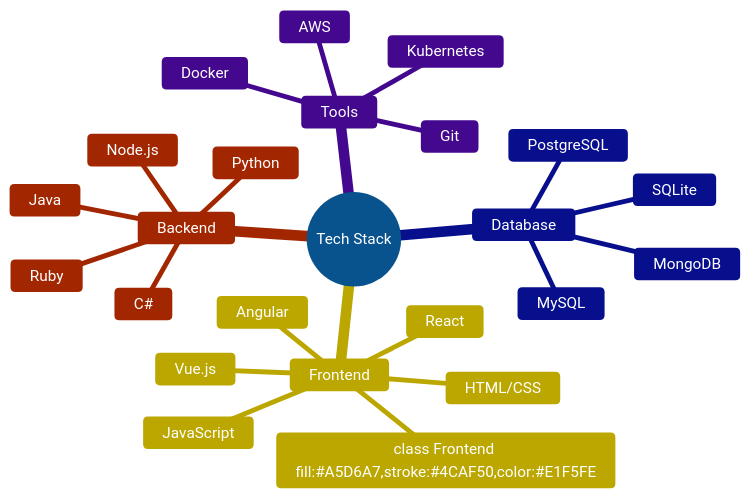
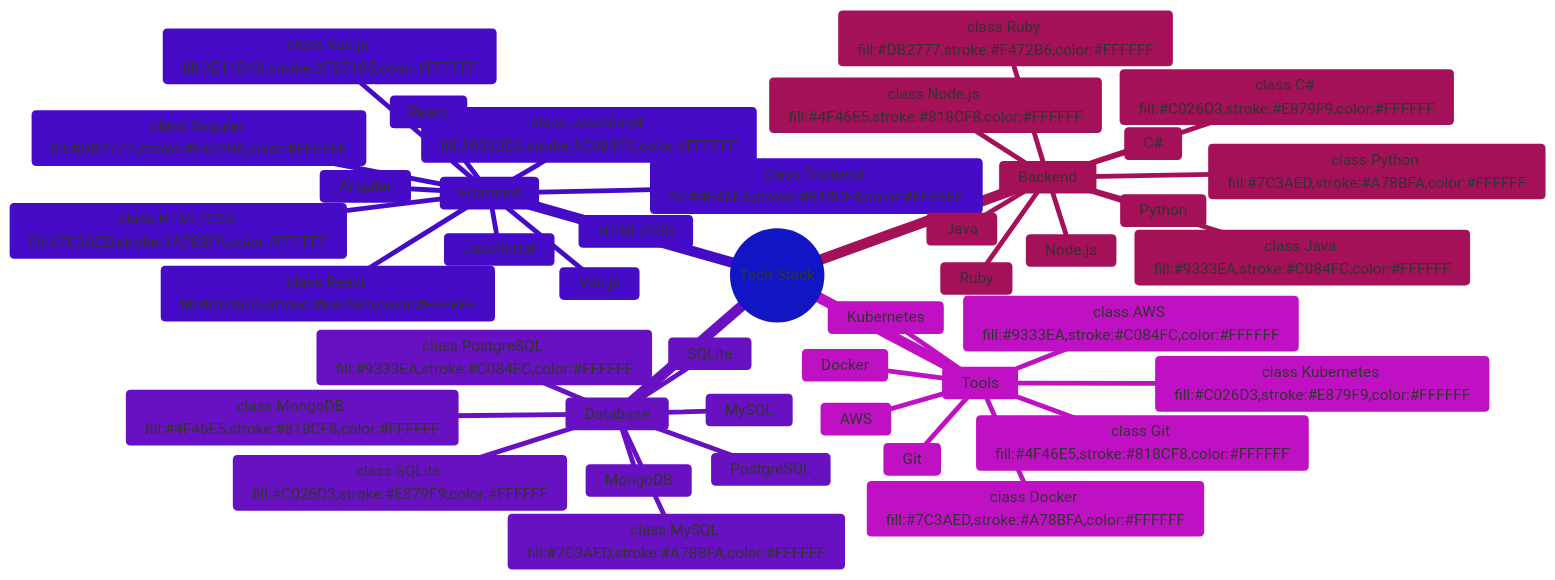
One commit to udithanayanajith/udithanayanajith changed the first of 3 diagrams in README.md. Above: the diagram before and after it, drawn with Mermaid.

````diff
--- a/README.md
+++ b/README.md
@@ -12,43 +12,62 @@
 ```mermaid
 %%{init: {'theme': 'base', 'themeVariables': { 
-  'fontSize': '16px', 
-  'primaryColor': '#2196F3', 
-  'secondaryColor': '#FFEB3B', 
-  'tertiaryColor': '#FF5722', 
-  'edgeLabelBackground': '#ffffff', 
-  'primaryTextColor': '#FFFFFF', 
-  'secondaryTextColor': '#000000', 
-  'tertiaryTextColor': '#FFFFFF', 
-  'nodeBorder': '2px solid #FFEB3B', 
-  'nodeTextColor': '#FFFFFF', 
-  'linkColor': '#4CAF50',
-  'backgroundColor': '#F5F5F5'
+  'fontSize': '16px',
+  'primaryColor': '#6366F1',
+  'secondaryColor': '#8B5CF6',
+  'tertiaryColor': '#EC4899',
+  'mainBkg': '#1F2937',
+  'nodeBkg': '#374151',
+  'nodeTextColor': '#F3F4F6',
+  'border1': '#6366F1',
+  'border2': '#8B5CF6',
+  'arrow1': '#6366F1',
+  'arrow2': '#8B5CF6',
+  'clusterBkg': '#1F2937',
+  'clusterBorder': '#6366F1',
+  'edgeLabelBackground': '#1F2937',
+  'textColor': '#F3F4F6'
 }}}%%
 mindmap
   root((Tech Stack))
     Frontend
-      class Frontend fill:#A5D6A7,stroke:#4CAF50,color:#E1F5FE
+      class Frontend fill:#4F46E5,stroke:#818CF8,color:#FFFFFF
       HTML/CSS
+      class HTML/CSS fill:#7C3AED,stroke:#A78BFA,color:#FFFFFF
       JavaScript
+      class JavaScript fill:#9333EA,stroke:#C084FC,color:#FFFFFF
       React
+      class React fill:#C026D3,stroke:#E879F9,color:#FFFFFF
       Angular
+      class Angular fill:#DB2777,stroke:#F472B6,color:#FFFFFF
       Vue.js
+      class Vue.js fill:#E11D48,stroke:#FB7185,color:#FFFFFF
     Backend
       Node.js
+      class Node.js fill:#4F46E5,stroke:#818CF8,color:#FFFFFF
       Python
+      class Python fill:#7C3AED,stroke:#A78BFA,color:#FFFFFF
       Java
+      class Java fill:#9333EA,stroke:#C084FC,color:#FFFFFF
       C#
+      class C# fill:#C026D3,stroke:#E879F9,color:#FFFFFF
       Ruby
+      class Ruby fill:#DB2777,stroke:#F472B6,color:#FFFFFF
     Database
       MongoDB
+      class MongoDB fill:#4F46E5,stroke:#818CF8,color:#FFFFFF
       MySQL
+      class MySQL fill:#7C3AED,stroke:#A78BFA,color:#FFFFFF
       PostgreSQL
+      class PostgreSQL fill:#9333EA,stroke:#C084FC,color:#FFFFFF
       SQLite
+      class SQLite fill:#C026D3,stroke:#E879F9,color:#FFFFFF
     Tools
       Git
+      class Git fill:#4F46E5,stroke:#818CF8,color:#FFFFFF
       Docker
+      class Docker fill:#7C3AED,stroke:#A78BFA,color:#FFFFFF
       AWS
+      class AWS fill:#9333EA,stroke:#C084FC,color:#FFFFFF
       Kubernetes
-
-
+      class Kubernetes fill:#C026D3,stroke:#E879F9,color:#FFFFFF
 ```
````
